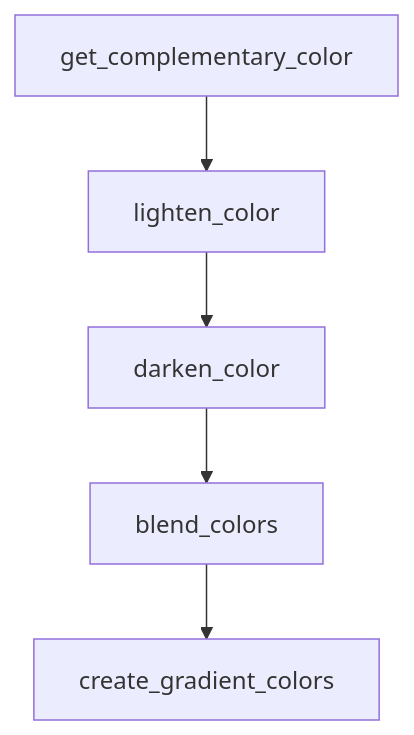
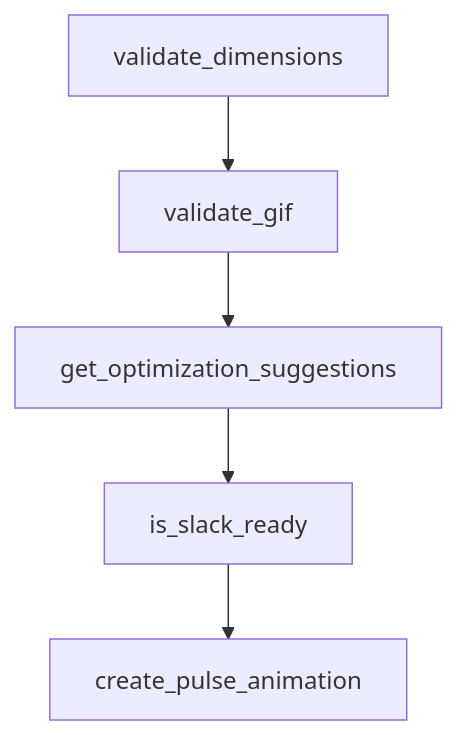
One commit to johnxie/awesome-code-docs changed the diagram in tutorials/awesome-claude-skills-tutorial/05-app-automation-via-composio-skill-packs.md. Above: the diagram before and after it, drawn with Mermaid. The commit also changed other lines of this file and 1232 other files, not shown here.

````diff
--- a/tutorials/awesome-claude-skills-tutorial/05-app-automation-via-composio-skill-packs.md
+++ b/tutorials/awesome-claude-skills-tutorial/05-app-automation-via-composio-skill-packs.md
@@ -213,12 +206,12 @@
 ```mermaid
 flowchart TD
-    A[get_complementary_color]
-    B[lighten_color]
-    C[darken_color]
-    D[blend_colors]
-    E[create_gradient_colors]
+    A[validate_dimensions]
+    B[validate_gif]
+    C[get_optimization_suggestions]
+    D[is_slack_ready]
+    E[create_pulse_animation]
     A --> B
     B --> C
     C --> D
     D --> E
 ```
````
